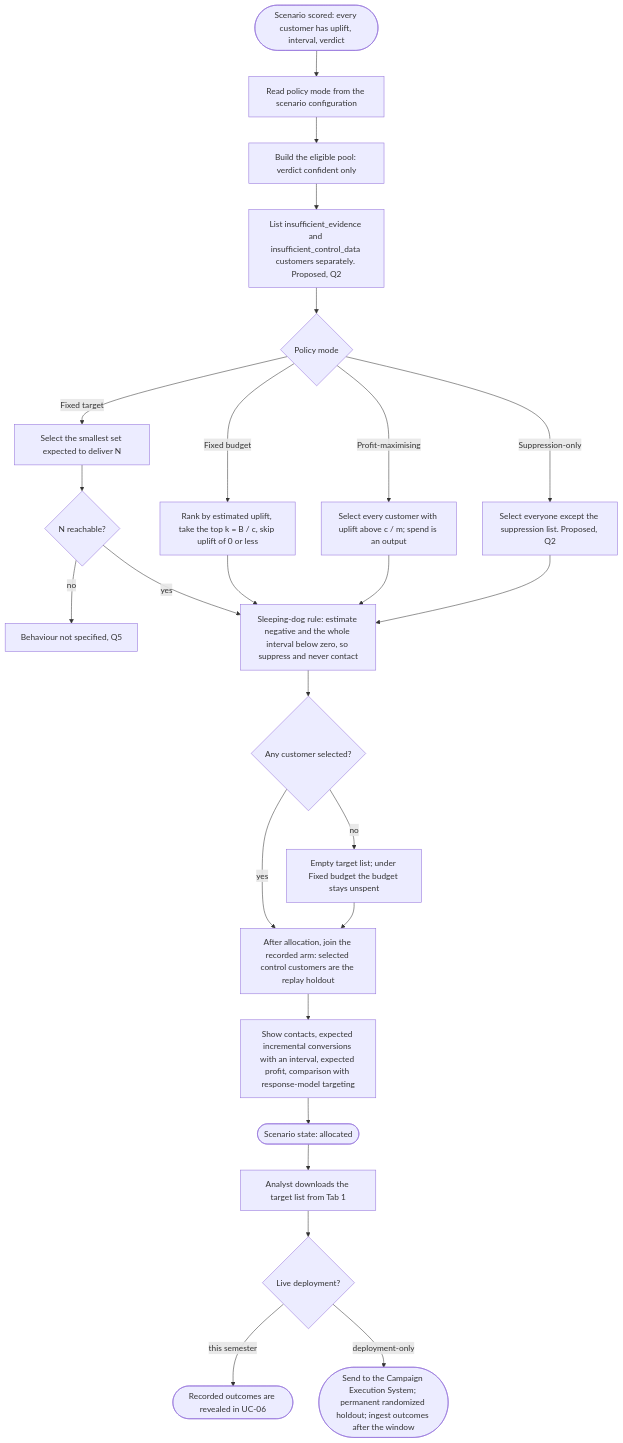
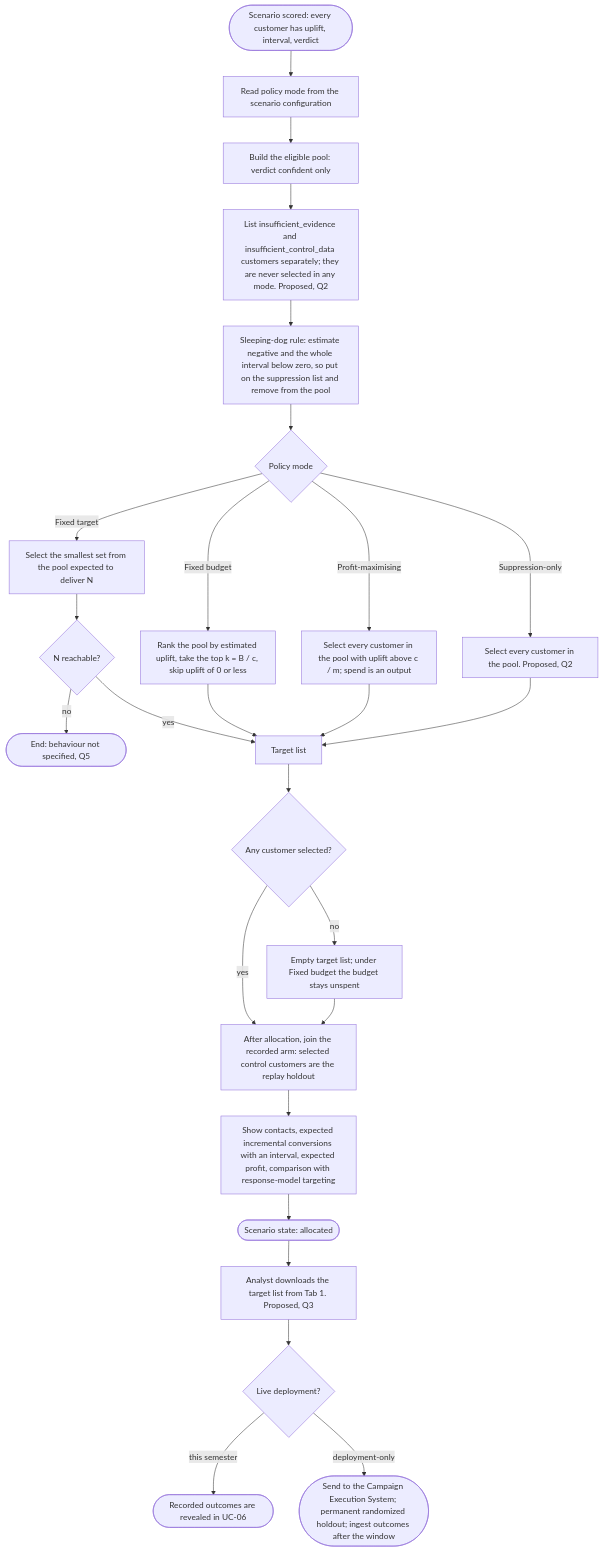
One commit to mahmoud-nadeem/netlift changed the sixth of 8 diagrams in docs/design/behaviour.md. Above: the diagram before and after it, drawn with Mermaid. The commit also changed other lines of this file, not shown here.

First line of the commit message:
T50: Address Aliaa's review: model lifecycle, campaign planning, data-side classes

````diff
--- a/docs/design/behaviour.md
+++ b/docs/design/behaviour.md
@@ -471,29 +513,30 @@
 ```mermaid
 flowchart TD
     start([Scenario scored: every customer has uplift, interval, verdict]) --> mode[Read policy mode from the scenario configuration]
     mode --> pool[Build the eligible pool: verdict confident only]
-    pool --> abst[List insufficient_evidence and insufficient_control_data customers separately. Proposed, Q2]
-    abst --> which{Policy mode}
-    which -->|Fixed budget| fb[Rank by estimated uplift, take the top k = B / c, skip uplift of 0 or less]
-    which -->|Profit-maximising| pm[Select every customer with uplift above c / m; spend is an output]
-    which -->|Fixed target| ft[Select the smallest set expected to deliver N]
-    which -->|Suppression-only| so[Select everyone except the suppression list. Proposed, Q2]
+    pool --> abst[List insufficient_evidence and insufficient_control_data customers separately; they are never selected in any mode. Proposed, Q2]
+    abst --> dog[Sleeping-dog rule: estimate negative and the whole interval below zero, so put on the suppression list and remove from the pool]
+    dog --> which{Policy mode}
+    which -->|Fixed budget| fb[Rank the pool by estimated uplift, take the top k = B / c, skip uplift of 0 or less]
+    which -->|Profit-maximising| pm[Select every customer in the pool with uplift above c / m; spend is an output]
+    which -->|Fixed target| ft[Select the smallest set from the pool expected to deliver N]
+    which -->|Suppression-only| so[Select every customer in the pool. Proposed, Q2]
     ft --> reach{N reachable?}
-    reach -->|no| q5[Behaviour not specified, Q5]
-    reach -->|yes| dog
-    fb --> dog
-    pm --> dog
-    so --> dog
-    dog[Sleeping-dog rule: estimate negative and the whole interval below zero, so suppress and never contact]
-    dog --> empty{Any customer selected?}
+    reach -->|no| q5([End: behaviour not specified, Q5])
+    reach -->|yes| sel
+    fb --> sel
+    pm --> sel
+    so --> sel
+    sel[Target list]
+    sel --> empty{Any customer selected?}
     empty -->|no| unspent[Empty target list; under Fixed budget the budget stays unspent]
     empty -->|yes| hold
     unspent --> hold
     hold[After allocation, join the recorded arm: selected control customers are the replay holdout]
     hold --> summary[Show contacts, expected incremental conversions with an interval, expected profit, comparison with response-model targeting]
     summary --> allocated([Scenario state: allocated])
-    allocated --> dl[Analyst downloads the target list from Tab 1]
+    allocated --> dl[Analyst downloads the target list from Tab 1. Proposed, Q3]
     dl --> live{Live deployment?}
     live -->|this semester| replay([Recorded outcomes are revealed in UC-06])
     live -->|deployment-only| ces([Send to the Campaign Execution System; permanent randomized holdout; ingest outcomes after the window])
 ```
````
